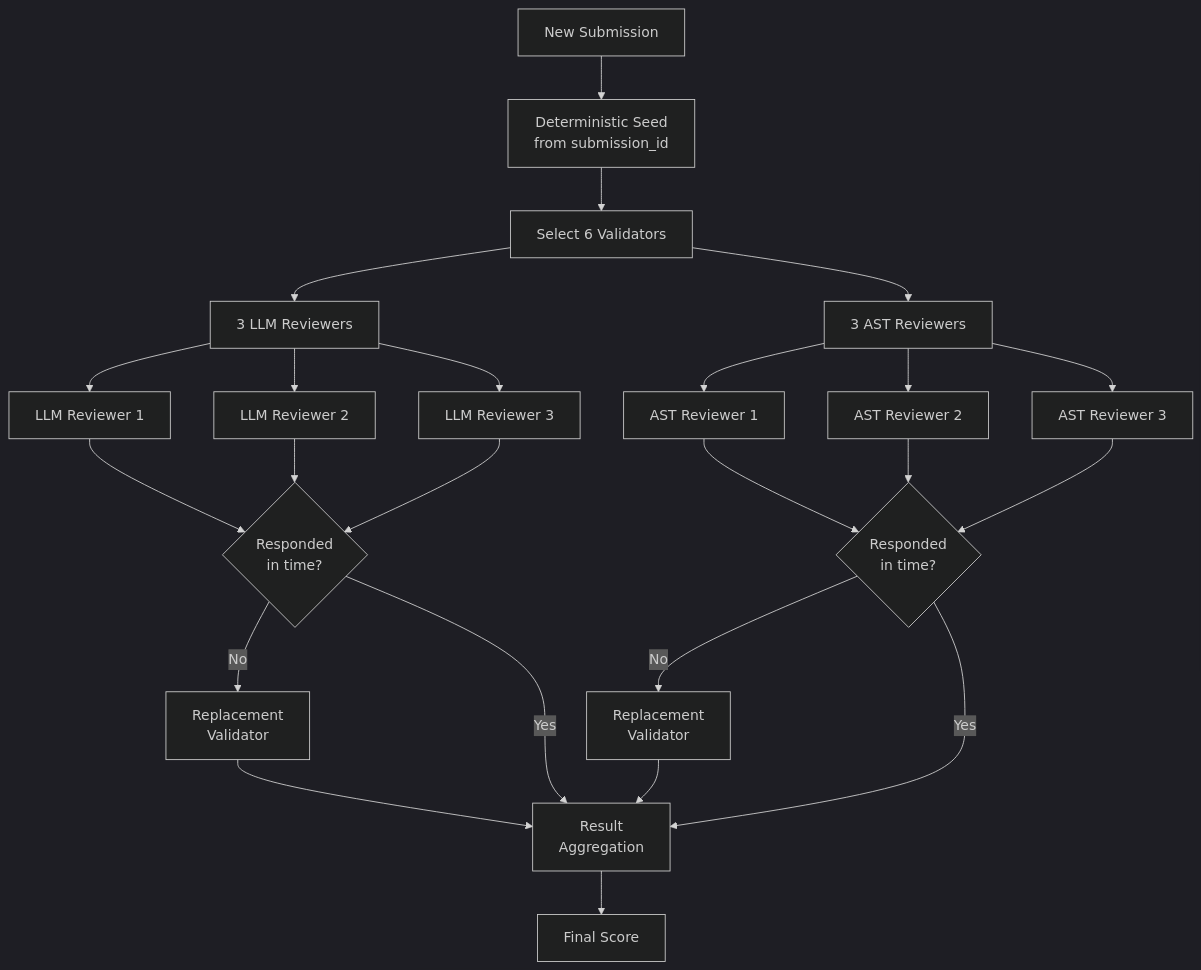
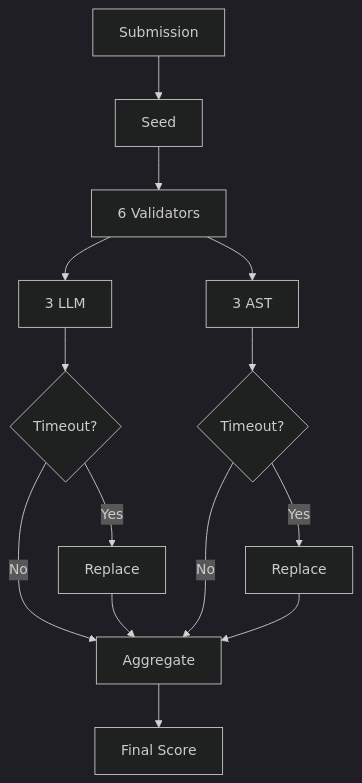
The fourth of 13 diagrams in README.md (PlatformNetwork/roadmap), drawn with Mermaid (dark theme) before and after one commit. The commit also changed other lines of this file, not shown here.

Commit message:
style: simplify mermaid labels, move Data Fabrication to Q2

````diff
--- a/README.md
+++ b/README.md
@@ -124,22 +124,16 @@
 ```mermaid
 flowchart TB
-    Sub["New Submission"] --> Seed["Deterministic Seed\nfrom submission_id"]
-    Seed --> Select["Select 6 Validators"]
-    Select --> LLM["3 LLM Reviewers"]
-    Select --> AST["3 AST Reviewers"]
-    LLM --> LR1["LLM Reviewer 1"]
-    LLM --> LR2["LLM Reviewer 2"]
-    LLM --> LR3["LLM Reviewer 3"]
-    AST --> AR1["AST Reviewer 1"]
-    AST --> AR2["AST Reviewer 2"]
-    AST --> AR3["AST Reviewer 3"]
-    LR1 & LR2 & LR3 --> TD1{"Responded\nin time?"}
-    AR1 & AR2 & AR3 --> TD2{"Responded\nin time?"}
-    TD1 -->|No| Rep1["Replacement\nValidator"]
-    TD1 -->|Yes| Agg["Result\nAggregation"]
-    TD2 -->|No| Rep2["Replacement\nValidator"]
-    TD2 -->|Yes| Agg
+    Sub["Submission"] --> Seed["Seed"]
+    Seed --> Select["6 Validators"]
+    Select --> LLM["3 LLM"]
+    Select --> AST["3 AST"]
+    LLM --> TD1{"Timeout?"}
+    AST --> TD2{"Timeout?"}
+    TD1 -->|No| Agg["Aggregate"]
+    TD1 -->|Yes| Rep1["Replace"]
+    TD2 -->|No| Agg
+    TD2 -->|Yes| Rep2["Replace"]
     Rep1 --> Agg
     Rep2 --> Agg
-    Agg --> FinalScore["Final Score"]
+    Agg --> Score["Final Score"]
 ```
````
